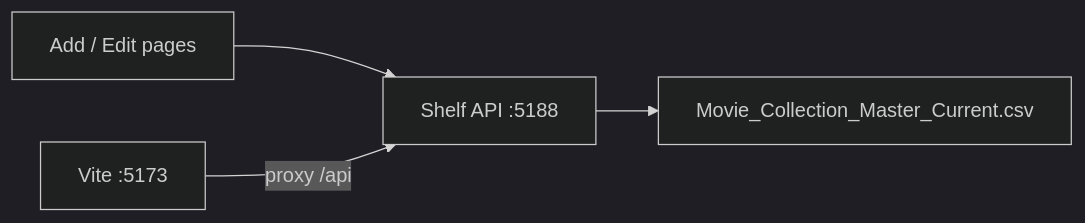
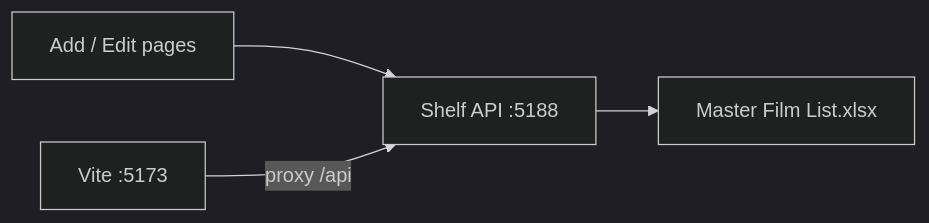
One commit to sollinsnaya/MovieCollection changed the fourth of 4 diagrams in docs/DESIGN.md. Above: the diagram before and after it, drawn with Mermaid (dark theme). The commit also changed other lines of this file and 4714 other files, not shown here.

````diff
--- a/docs/DESIGN.md
+++ b/docs/DESIGN.md
@@ -143,6 +143,6 @@
 ```mermaid
 flowchart LR
   UI["Add / Edit pages"] --> API["Shelf API :5188"]
-  API --> AppCSV["Movie_Collection_Master_Current.csv"]
+  API --> AppCSV["Master Film List.xlsx"]
   Vite["Vite :5173"] -->|proxy /api| API
 ```
````
